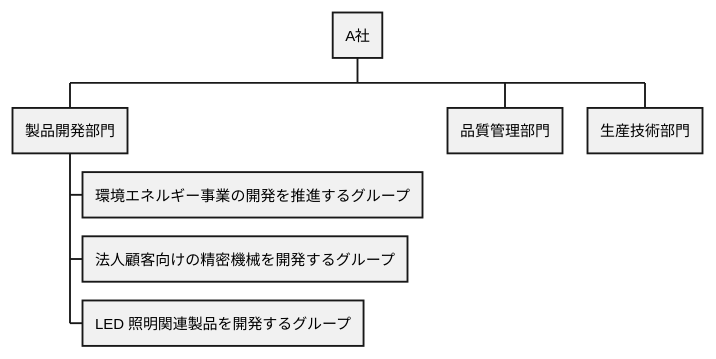
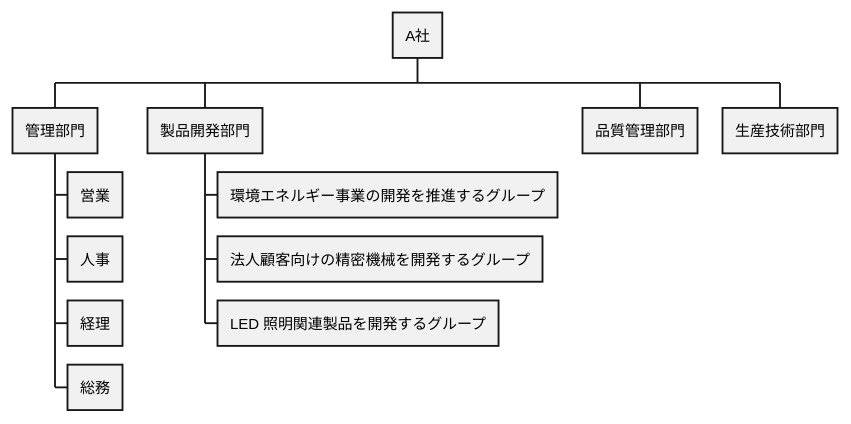
One commit to k2works/case-sutudy-business-analysis changed the first of 19 diagrams in docs/case/h30_case_1.adoc. Above: the diagram before and after it, drawn with PlantUML. The commit also changed other lines of this file, not shown here.

```diff
--- a/docs/case/h30_case_1.adoc
+++ b/docs/case/h30_case_1.adoc
@@ -40,14 +40,19 @@
 [plantuml]
 ----
 @startwbs
 
 * A社
+** 管理部門
+*** 営業
+*** 人事
+*** 経理
+*** 総務
 ** 製品開発部門
 *** 環境エネルギー事業の開発を推進するグループ
 *** 法人顧客向けの精密機械を開発するグループ
 *** LED 照明関連製品を開発するグループ
 ** 品質管理部門
 ** 生産技術部門
 
 @endwbs
 ----
```
